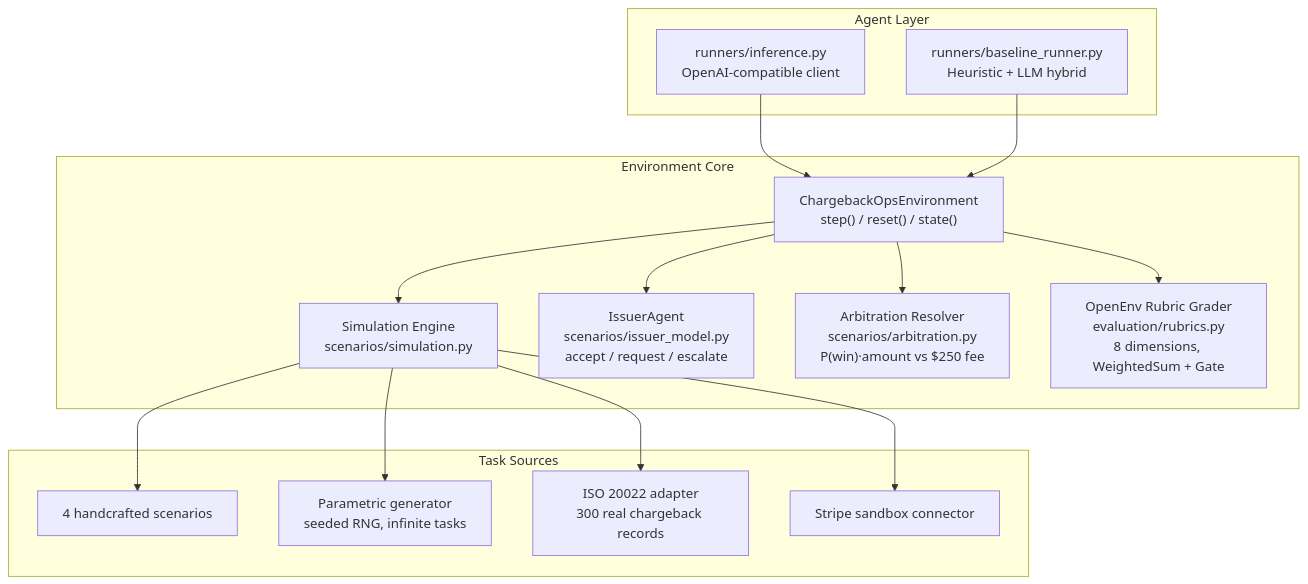
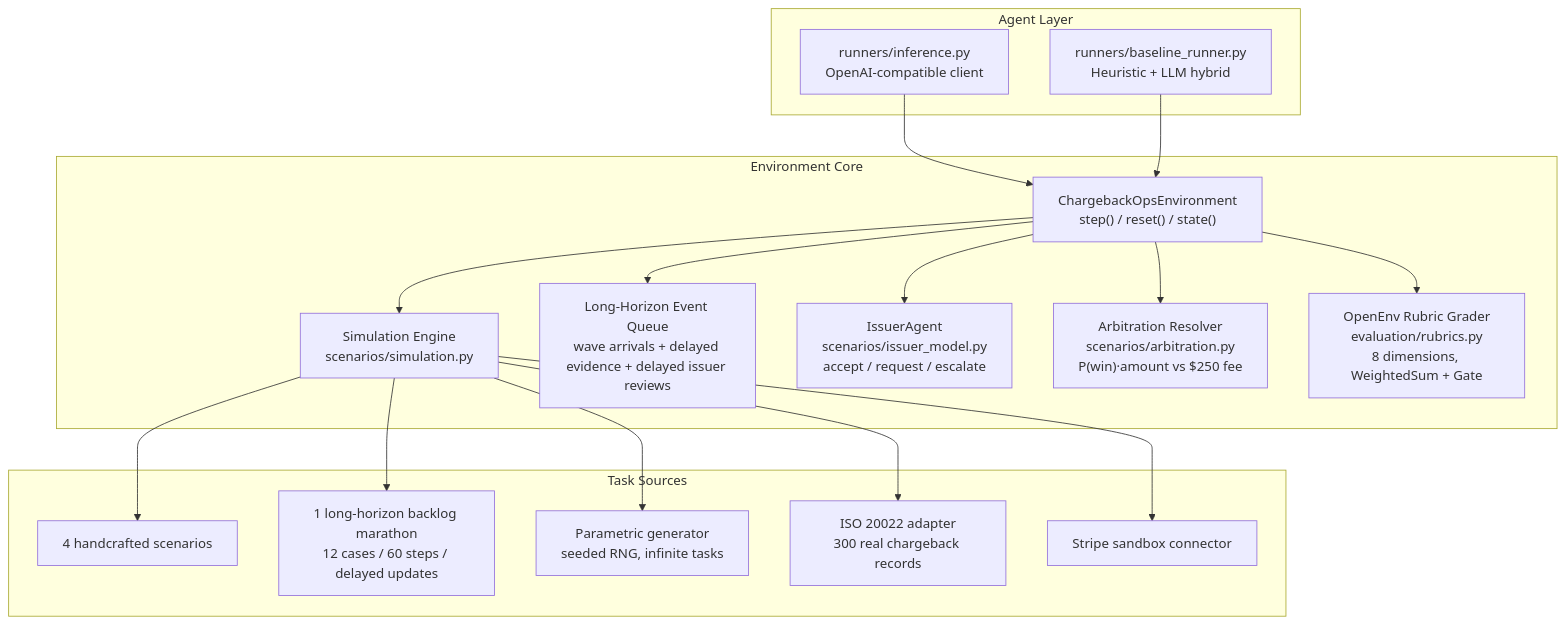
The first of 4 diagrams in README.md (MitudruDutta/chargebackops), drawn with Mermaid before and after one commit. The commit also changed other lines of this file and 12 other files, not shown here.

First line of the commit message:
feat: Implement wait_for_updates action for handling delayed cases and evidence

````diff
--- a/README.md
+++ b/README.md
@@ -23,33 +25,37 @@
 ```mermaid
 graph TB
     subgraph Agent["Agent Layer"]
         INF["runners/inference.py\nOpenAI-compatible client"]
         BL["runners/baseline_runner.py\nHeuristic + LLM hybrid"]
     end
 
     subgraph Core["Environment Core"]
         ENV["ChargebackOpsEnvironment\nstep() / reset() / state()"]
         SIM["Simulation Engine\nscenarios/simulation.py"]
+        EVT["Long-Horizon Event Queue\nwave arrivals + delayed evidence + delayed issuer reviews"]
         ISSUER["IssuerAgent\nscenarios/issuer_model.py\naccept / request / escalate"]
         ARB["Arbitration Resolver\nscenarios/arbitration.py\nP(win)·amount vs $250 fee"]
         GRD["OpenEnv Rubric Grader\nevaluation/rubrics.py\n8 dimensions, WeightedSum + Gate"]
     end
 
     subgraph Tasks["Task Sources"]
         FIXED["4 handcrafted scenarios"]
+        MARATHON["1 long-horizon backlog marathon\n12 cases / 60 steps / delayed updates"]
         GEN["Parametric generator\nseeded RNG, infinite tasks"]
         ISO["ISO 20022 adapter\n300 real chargeback records"]
         STRIPE["Stripe sandbox connector"]
     end
 
     INF --> ENV
     BL --> ENV
     ENV --> SIM
+    ENV --> EVT
     ENV --> ISSUER
     ENV --> ARB
     ENV --> GRD
     SIM --> FIXED
+    SIM --> MARATHON
     SIM --> GEN
     SIM --> ISO
     SIM --> STRIPE
 ```
````
